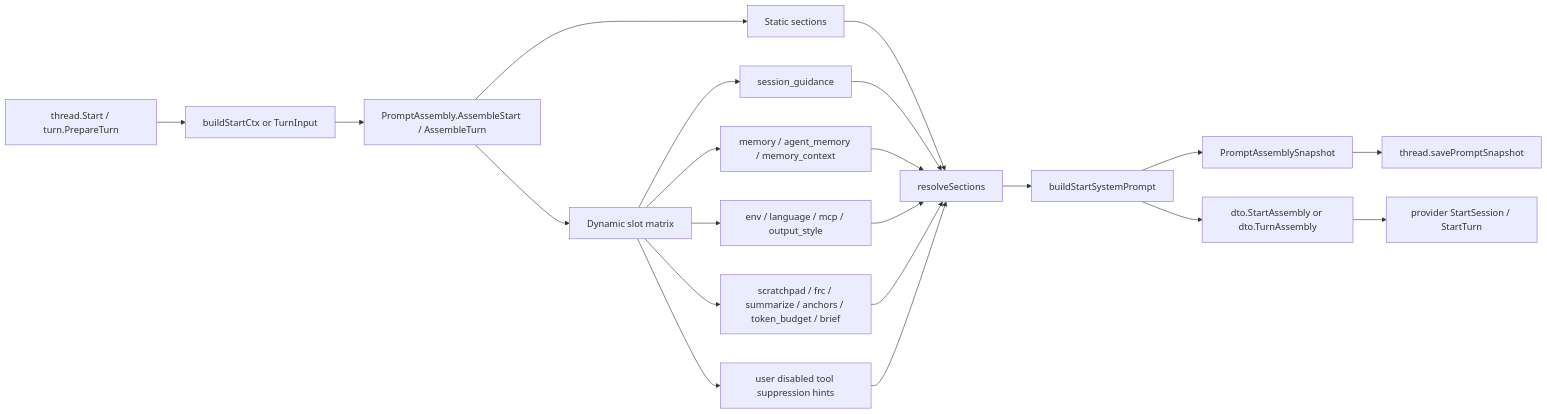
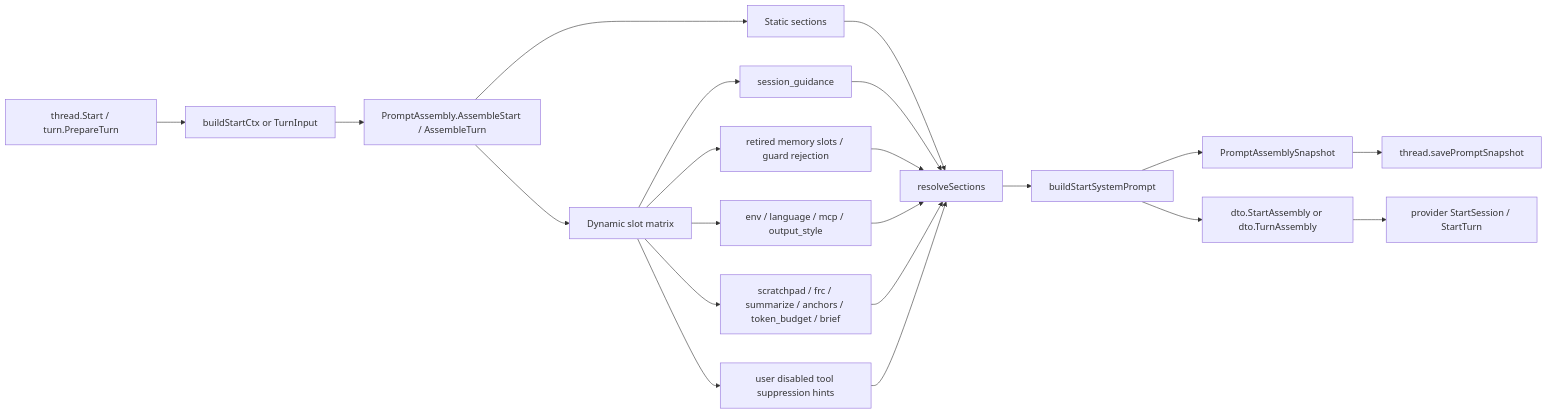
Before and after one commit to lihah111222333-cloud/Super-Dolphin-Agent-Cockpit: the first of 3 diagrams in docs/doc/codemap/11-prompt-thread.md, drawn with Mermaid. The commit also changed other lines of this file and 780 other files, not shown here.

````diff
--- a/docs/doc/codemap/11-prompt-thread.md
+++ b/docs/doc/codemap/11-prompt-thread.md
@@ -1190,23 +1109,23 @@
 ```mermaid
 flowchart LR
   A[thread.Start / turn.PrepareTurn] --> B[buildStartCtx or TurnInput]
   B --> C[PromptAssembly.AssembleStart / AssembleTurn]
   C --> D[Static sections]
   C --> E[Dynamic slot matrix]
   E --> E1[session_guidance]
-  E --> E2[memory / agent_memory / memory_context]
+  E --> E2[retired memory slots / guard rejection]
   E --> E3[env / language / mcp / output_style]
   E --> E4[scratchpad / frc / summarize / anchors / token_budget / brief]
   E --> E5[user disabled tool suppression hints]
   D --> F[resolveSections]
   E1 --> F
   E2 --> F
   E3 --> F
   E4 --> F
   E5 --> F
   F --> G[buildStartSystemPrompt]
   G --> H[PromptAssemblySnapshot]
   H --> I[thread.savePromptSnapshot]
   G --> J[dto.StartAssembly or dto.TurnAssembly]
   J --> K[provider StartSession / StartTurn]
 ```
````
